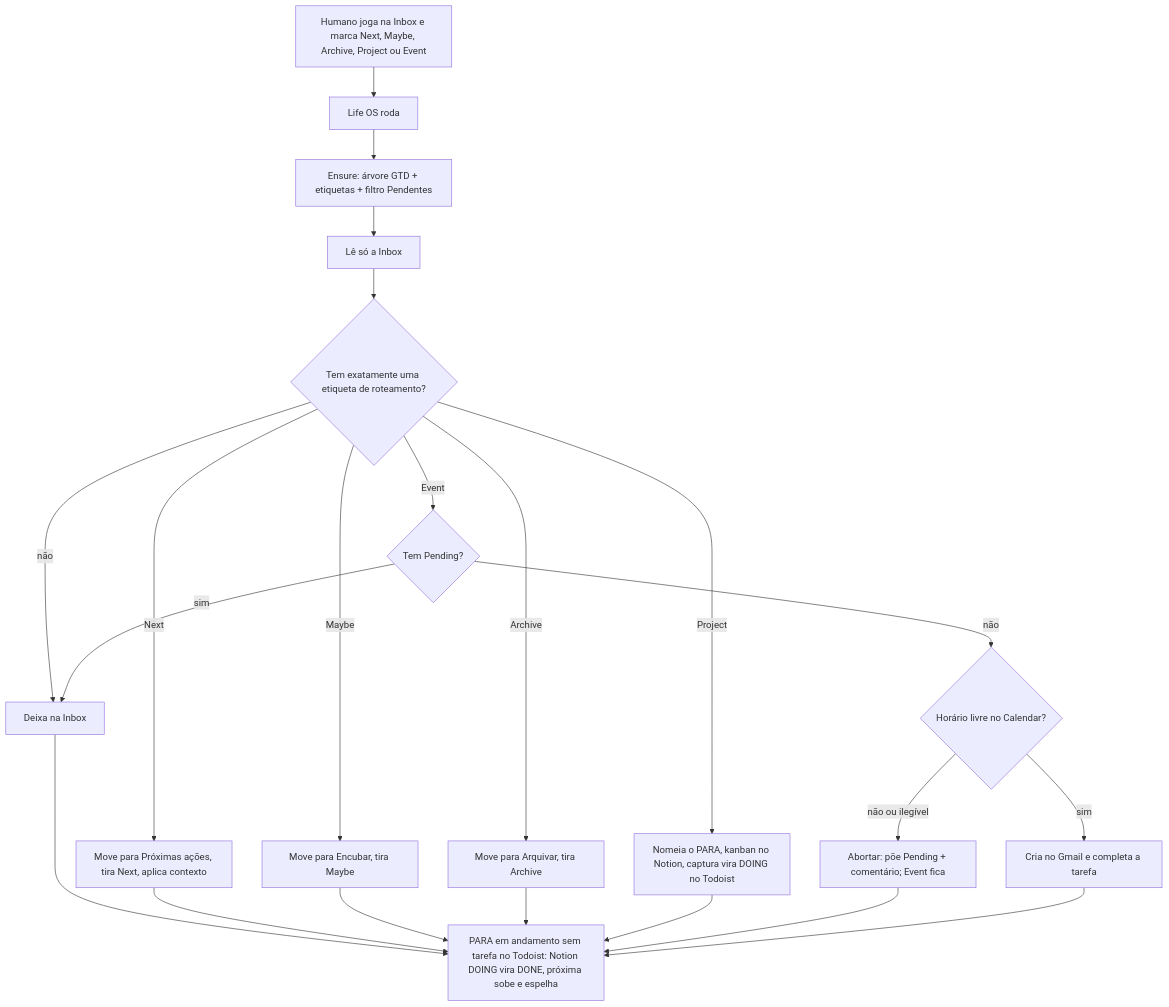
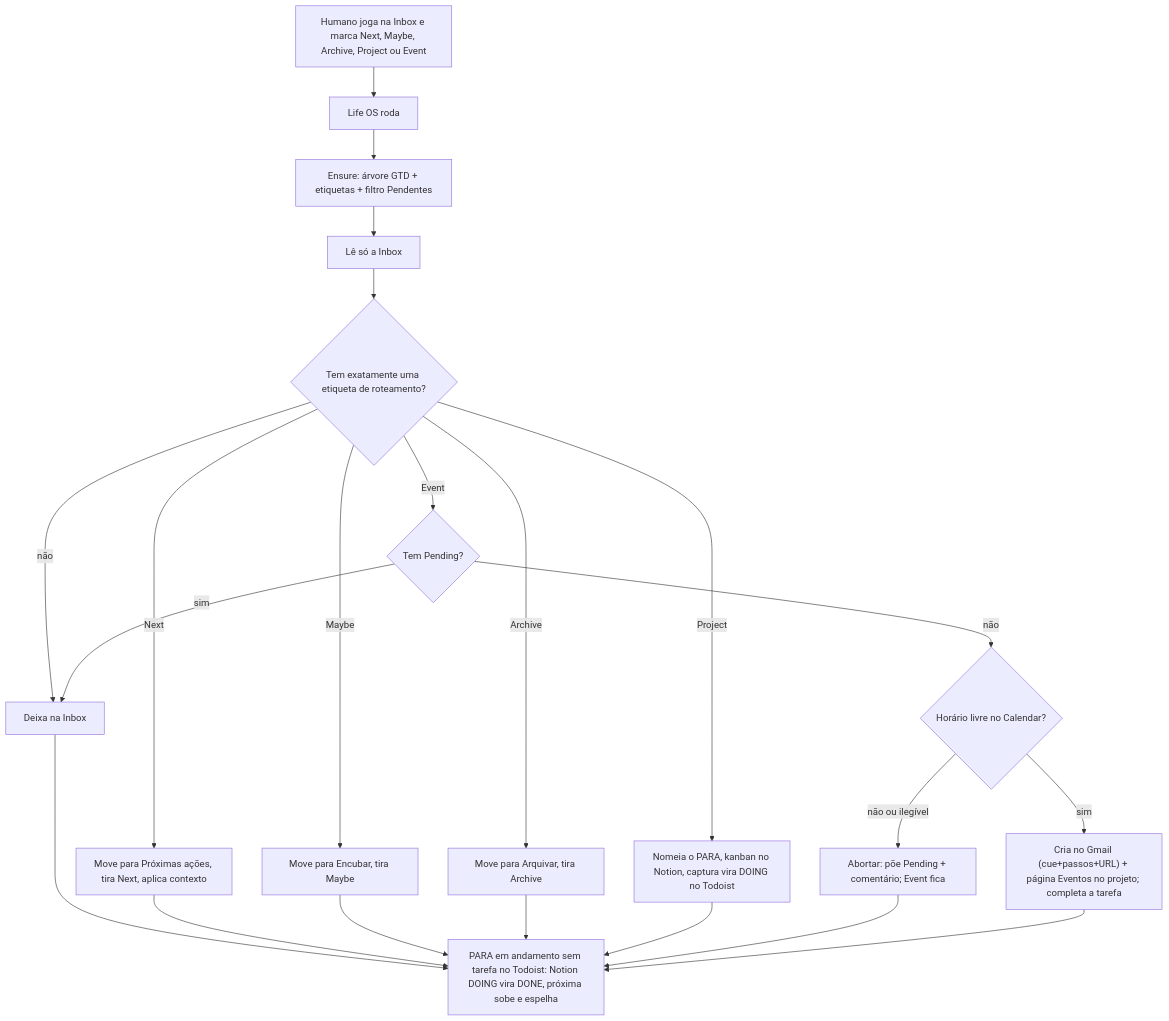
Before and after one commit to leandrobudaumoraes/MyLife: the diagram in docs/specs/01-todoist-fluxo.md, drawn with Mermaid. The commit also changed other lines of this file and 12 other files, not shown here.

````diff
--- a/docs/specs/01-todoist-fluxo.md
+++ b/docs/specs/01-todoist-fluxo.md
@@ -174,25 +174,25 @@
 ```mermaid
 flowchart TB
   H["Humano joga na Inbox e marca Next, Maybe, Archive, Project ou Event"] --> RUN["Life OS roda"]
   RUN --> ENSURE["Ensure: árvore GTD + etiquetas + filtro Pendentes"]
   ENSURE --> INBOX["Lê só a Inbox"]
   INBOX --> FILTRO{"Tem exatamente uma etiqueta de roteamento?"}
   FILTRO -->|não| SKIP["Deixa na Inbox"]
   FILTRO -->|Next| NEXT["Move para Próximas ações, tira Next, aplica contexto"]
   FILTRO -->|Maybe| MAYBE["Move para Encubar, tira Maybe"]
   FILTRO -->|Archive| ARQ["Move para Arquivar, tira Archive"]
   FILTRO -->|Project| PROJ["Nomeia o PARA, kanban no Notion, captura vira DOING no Todoist"]
   FILTRO -->|Event| PEND{"Tem Pending?"}
   PEND -->|sim| SKIP
   PEND -->|não| SLOT{"Horário livre no Calendar?"}
   SLOT -->|não ou ilegível| LOCK["Abortar: põe Pending + comentário; Event fica"]
-  SLOT -->|sim| CAL["Cria no Gmail e completa a tarefa"]
+  SLOT -->|sim| CAL["Cria no Gmail (cue+passos+URL) + página Eventos no projeto; completa a tarefa"]
   SKIP --> ADVANCE
   NEXT --> ADVANCE
   MAYBE --> ADVANCE
   ARQ --> ADVANCE
   PROJ --> ADVANCE
   LOCK --> ADVANCE
   CAL --> ADVANCE
   ADVANCE["PARA em andamento sem tarefa no Todoist: Notion DOING vira DONE, próxima sobe e espelha"]
 ```
````
